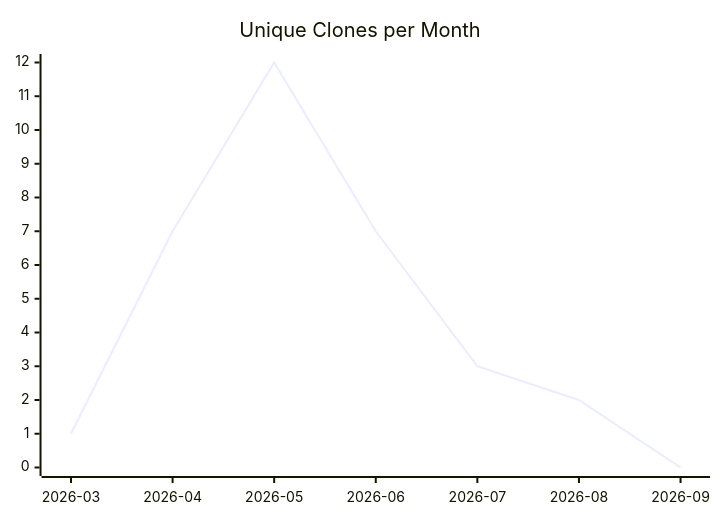
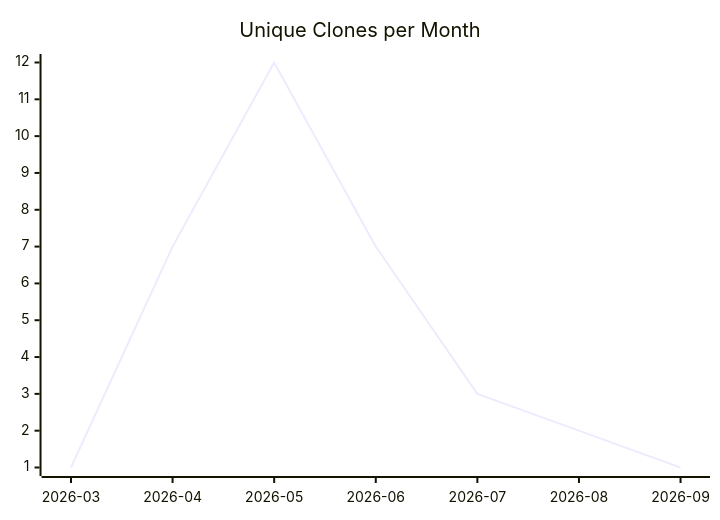
Before and after one commit to justdavis-family/github-analytics-data: the third of 3 diagrams in karlmdavis/sample-maven-and-rcp/README.md, drawn with Mermaid. The commit also changed other lines of this file and 189 other files, not shown here.

````diff
--- a/karlmdavis/sample-maven-and-rcp/README.md
+++ b/karlmdavis/sample-maven-and-rcp/README.md
@@ -19,6 +19,6 @@
 ```mermaid
 xychart-beta
   title "Unique Clones per Month"
   x-axis ["2026-03", "2026-04", "2026-05", "2026-06", "2026-07", "2026-08", "2026-09"]
-  line [1, 7, 12, 7, 3, 2, 0]
+  line [1, 7, 12, 7, 3, 2, 1]
 ```
````
